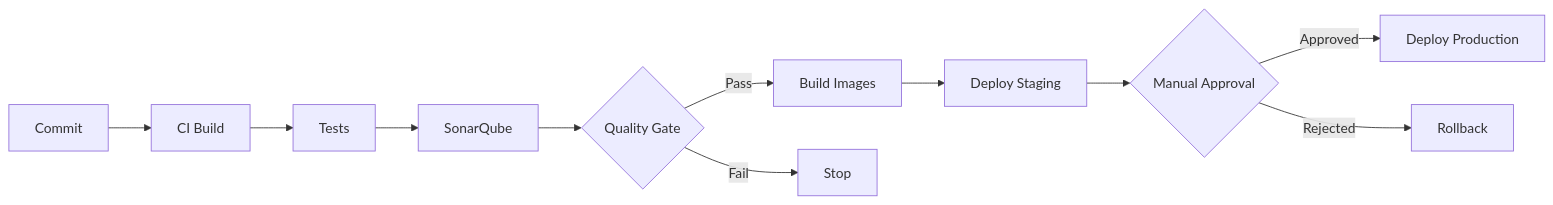
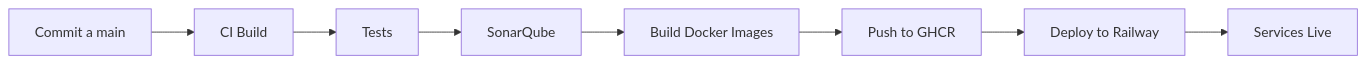
Before and after one commit to kamaro600/net-microservicio-ci-cd: the diagram in PIPELINE_DOCUMENTATION.md, drawn with Mermaid. The commit also changed other lines of this file and 3 other files, not shown here.

````diff
--- a/PIPELINE_DOCUMENTATION.md
+++ b/PIPELINE_DOCUMENTATION.md
@@ -347,13 +360,10 @@
 ```mermaid
 graph LR
-    A[Commit] --> B[CI Build]
+    A[Commit a main] --> B[CI Build]
     B --> C[Tests]
     C --> D[SonarQube]
-    D --> E{Quality Gate}
-    E -->|Pass| F[Build Images]
-    E -->|Fail| G[Stop]
-    F --> H[Deploy Staging]
-    H --> I{Manual Approval}
-    I -->|Approved| J[Deploy Production]
-    I -->|Rejected| K[Rollback]
+    D --> E[Build Docker Images]
+    E --> F[Push to GHCR]
+    F --> G[Deploy to Railway]
+    G --> H[Services Live]
 ```
````
